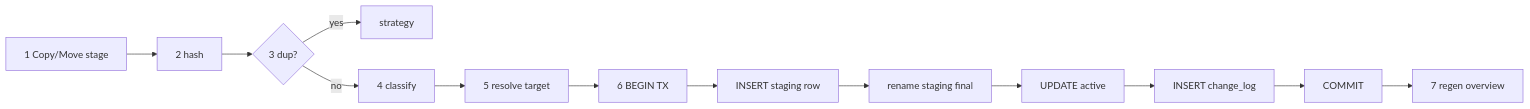
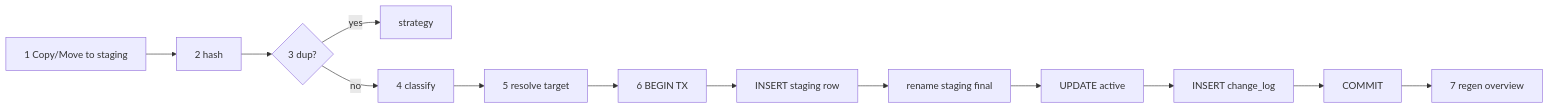
One commit to AreaSong/AreaMatrix changed the diagram in docs/modules/storage.md. Above: the diagram before and after it, drawn with Mermaid. The commit also changed other lines of this file and 373 other files, not shown here.

````diff
--- a/docs/modules/storage.md
+++ b/docs/modules/storage.md
@@ -67,15 +67,15 @@
 ```mermaid
 flowchart LR
-    A[1 Copy/Move stage] --> B[2 hash]
+    A[1 Copy/Move to staging] --> B[2 hash]
     B --> C{3 dup?}
     C -->|yes| D[strategy]
     C -->|no| E[4 classify]
     E --> F[5 resolve target]
     F --> G[6 BEGIN TX]
     G --> H[INSERT staging row]
     H --> I[rename staging final]
     I --> J[UPDATE active]
     J --> K[INSERT change_log]
     K --> L[COMMIT]
     L --> M[7 regen overview]
 ```
````
